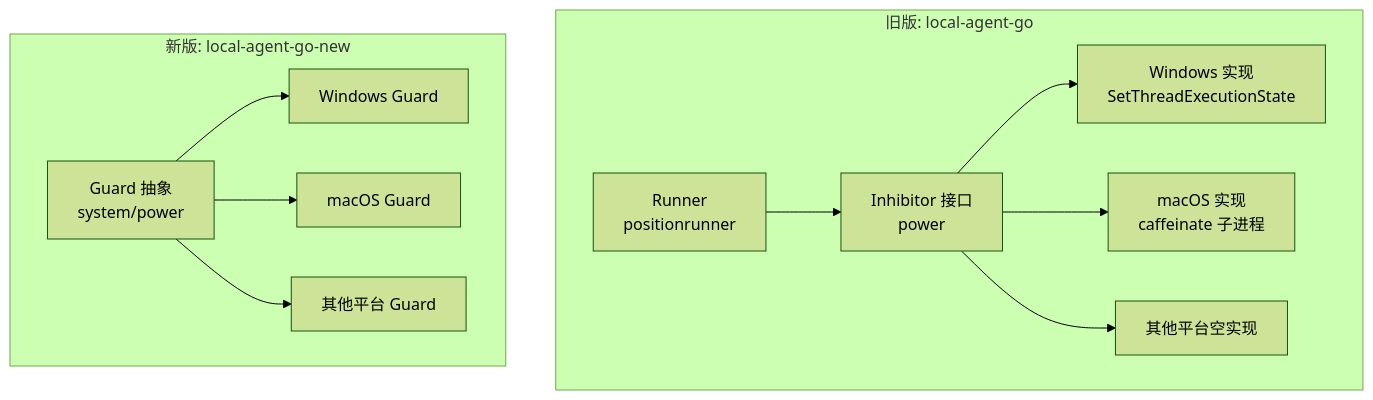
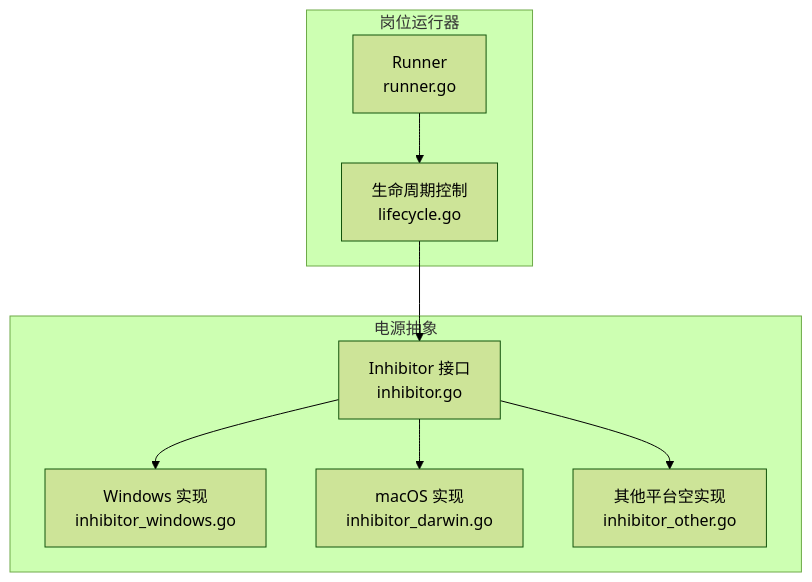
The first of 7 diagrams in .qoder/repowiki/zh/content/本地执行器/任务调度/电源管理.md (alvinwangzi/goodhr), drawn with Mermaid (forest theme) before and after one commit. The commit also changed other lines of this file and 149 other files, not shown here.

````diff
--- a/.qoder/repowiki/zh/content/本地执行器/任务调度/电源管理.md
+++ b/.qoder/repowiki/zh/content/本地执行器/任务调度/电源管理.md
@@ -36,14 +33,18 @@
 ```mermaid
 graph TB
-subgraph "旧版: local-agent-go"
-A["Runner<br/>positionrunner"] --> B["Inhibitor 接口<br/>power"]
-B --> C["Windows 实现<br/>SetThreadExecutionState"]
-B --> D["macOS 实现<br/>caffeinate 子进程"]
-B --> E["其他平台空实现"]
+subgraph "岗位运行器"
+R["Runner<br/>runner.go"]
+L["生命周期控制<br/>lifecycle.go"]
 end
-subgraph "新版: local-agent-go-new"
-F["Guard 抽象<br/>system/power"] --> G["Windows Guard"]
-F --> H["macOS Guard"]
-F --> I["其他平台 Guard"]
+subgraph "电源抽象"
+PIF["Inhibitor 接口<br/>inhibitor.go"]
+PW["Windows 实现<br/>inhibitor_windows.go"]
+PD["macOS 实现<br/>inhibitor_darwin.go"]
+PO["其他平台空实现<br/>inhibitor_other.go"]
 end
+R --> L
+L --> PIF
+PIF --> PW
+PIF --> PD
+PIF --> PO
 ```
````
